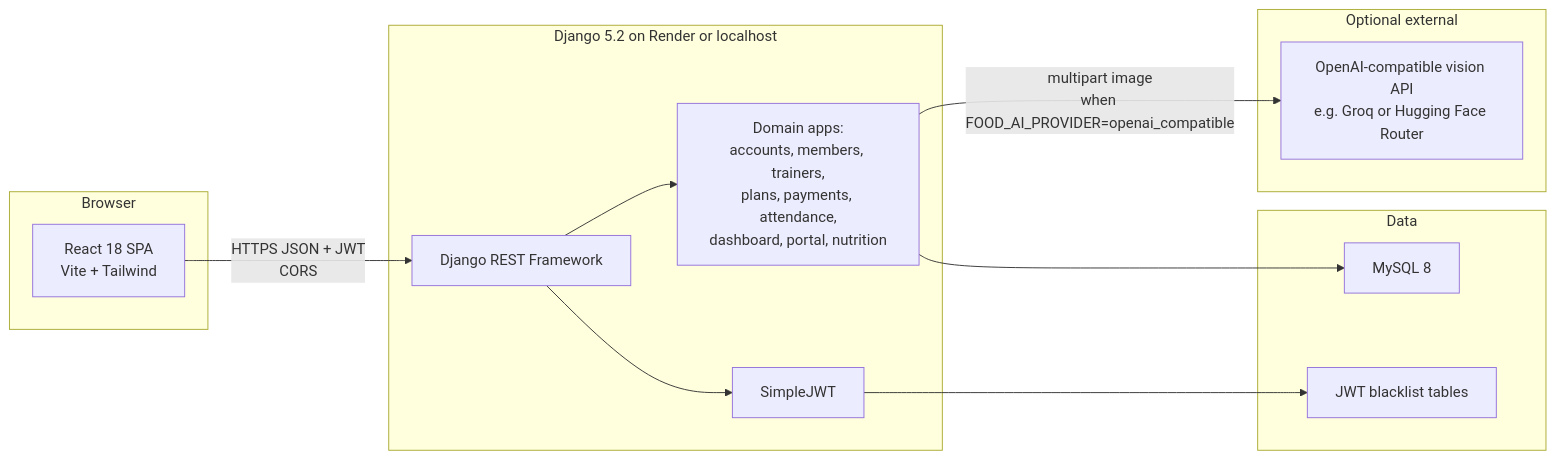
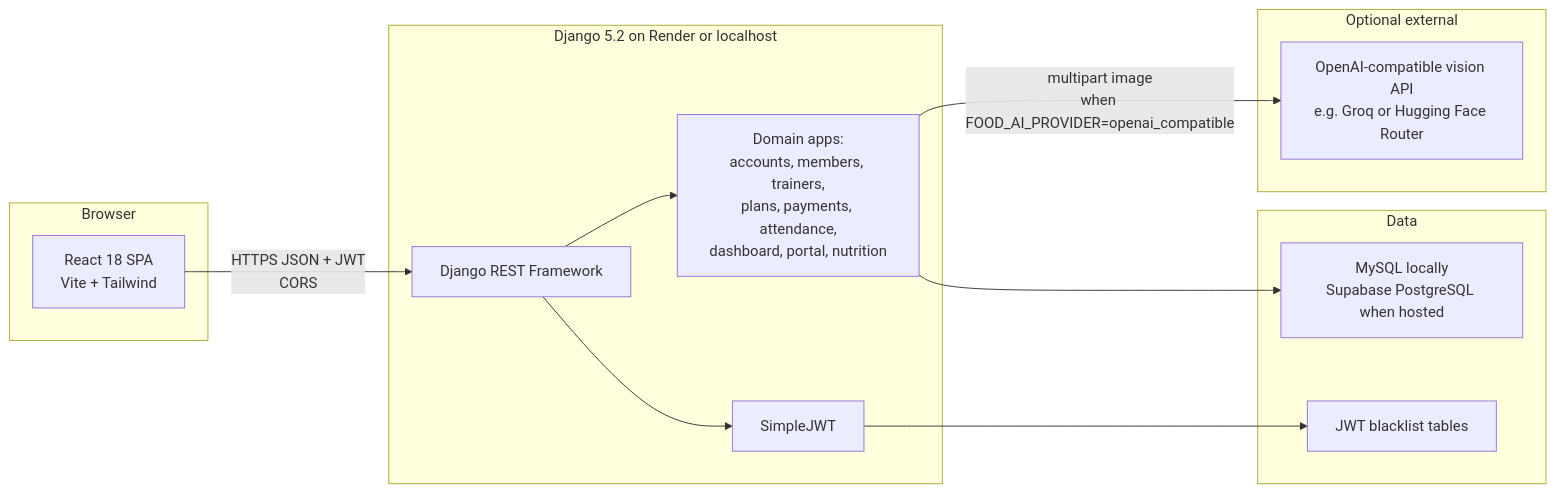
Before and after one commit to sanjayy-005/fitnesstracker: the first of 9 diagrams in docs/FITTRACK_ARCHITECTURE.md, drawn with Mermaid. The commit also changed other lines of this file and 10 other files, not shown here.

````diff
--- a/docs/FITTRACK_ARCHITECTURE.md
+++ b/docs/FITTRACK_ARCHITECTURE.md
@@ -11,28 +11,28 @@
 ```mermaid
 flowchart LR
   subgraph Client["Browser"]
     SPA["React 18 SPA<br/>Vite + Tailwind"]
   end
 
   subgraph API["Django 5.2 on Render or localhost"]
     DRF["Django REST Framework"]
     JWT["SimpleJWT"]
     APPS["Domain apps:<br/>accounts, members, trainers,<br/>plans, payments, attendance,<br/>dashboard, portal, nutrition"]
   end
 
   subgraph Data["Data"]
-    MYSQL["MySQL 8"]
+    DB["MySQL locally<br/>Supabase PostgreSQL when hosted"]
     BL["JWT blacklist tables"]
   end
 
   subgraph External["Optional external"]
     LLM["OpenAI-compatible vision API<br/>e.g. Groq or Hugging Face Router"]
   end
 
   SPA -->|"HTTPS JSON + JWT<br/>CORS"| DRF
   DRF --> JWT
   DRF --> APPS
-  APPS --> MYSQL
+  APPS --> DB
   JWT --> BL
   APPS -->|"multipart image<br/>when FOOD_AI_PROVIDER=openai_compatible"| LLM
 ```
````
